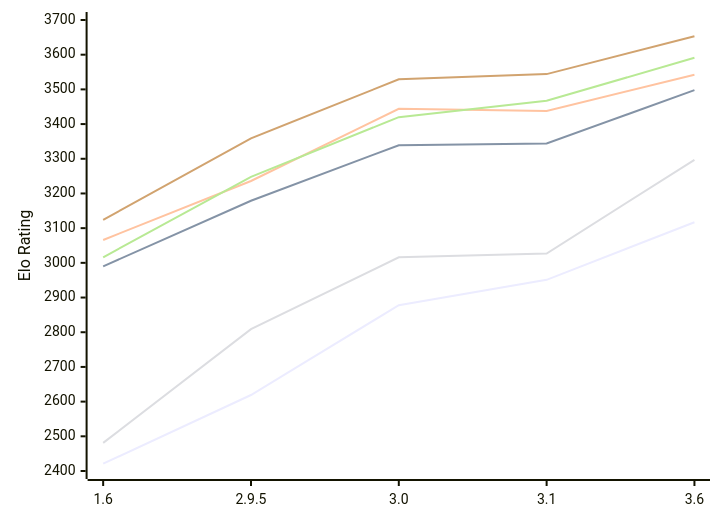
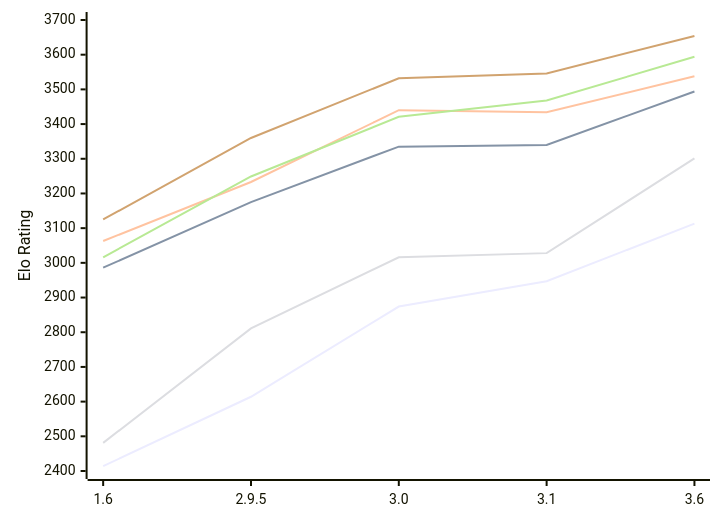
Before and after one commit to computer-chess-index/cci: the diagram in engines/Chessenger.md, drawn with Mermaid. The commit also changed other lines of this file, not shown here.

Commit message:
Update CCI Ratings (ELO VLTC) - 2026-11-09

````diff
--- a/engines/Chessenger.md
+++ b/engines/Chessenger.md
@@ -55,12 +55,12 @@
 ```mermaid
 %%{init: {"theme":"base","themeVariables":{"seriesColors:['#a3a3a3','#222221','#faa371']}}}%%
 xychart-beta
   x-axis ["1.6", "2.9.5", "3.0", "3.1", "3.6"]
   y-axis "Elo Rating" 2400 --> 3700
-  line "E1: STC (8.0+0.08s)" [2421, 2619, 2878, 2951, 3117]
-  line "E1: LTC (60.0+0.60s)" [2990, 3179, 3339, 3344, 3498]
-  line "E1: VLTC (2m24s+1.12s)" [3066, 3236, 3444, 3438, 3542]
-  line "P1: STC (8.0+0.08s)" [2481, 2809, 3016, 3027, 3297]
-  line "P1: LTC (60.0+0.60s)" [3016, 3248, 3420, 3467, 3591]
-  line "P1: VLTC (2m24s+1.12s)" [3124, 3359, 3529, 3544, 3653]
+  line "E1: STC (8.0+0.08s)" [2414, 2614, 2874, 2947, 3113]
+  line "E1: LTC (60.0+0.60s)" [2986, 3175, 3335, 3340, 3494]
+  line "E1: VLTC (2m24s+1.12s)" [3063, 3233, 3440, 3434, 3538]
+  line "P1: STC (8.0+0.08s)" [2481, 2811, 3016, 3028, 3301]
+  line "P1: LTC (60.0+0.60s)" [3016, 3249, 3421, 3468, 3594]
+  line "P1: VLTC (2m24s+1.12s)" [3125, 3360, 3532, 3546, 3654]
 ```
````
